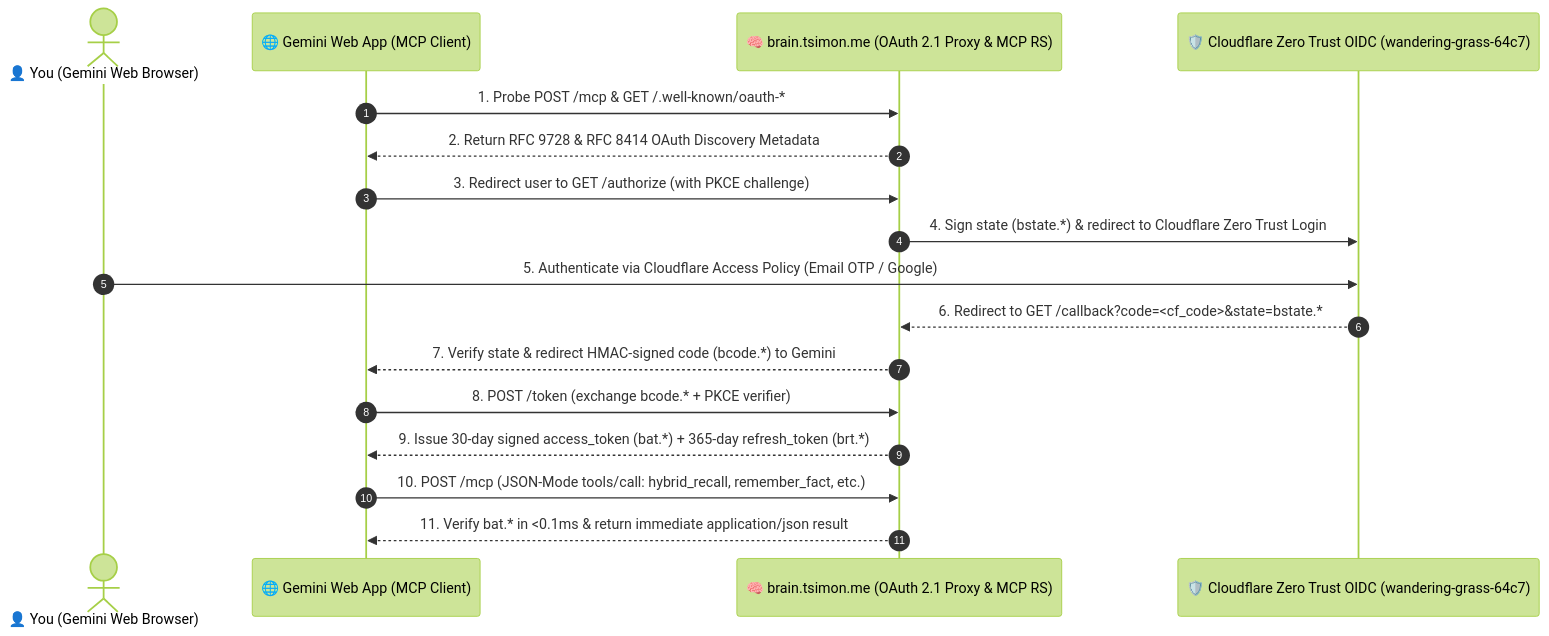
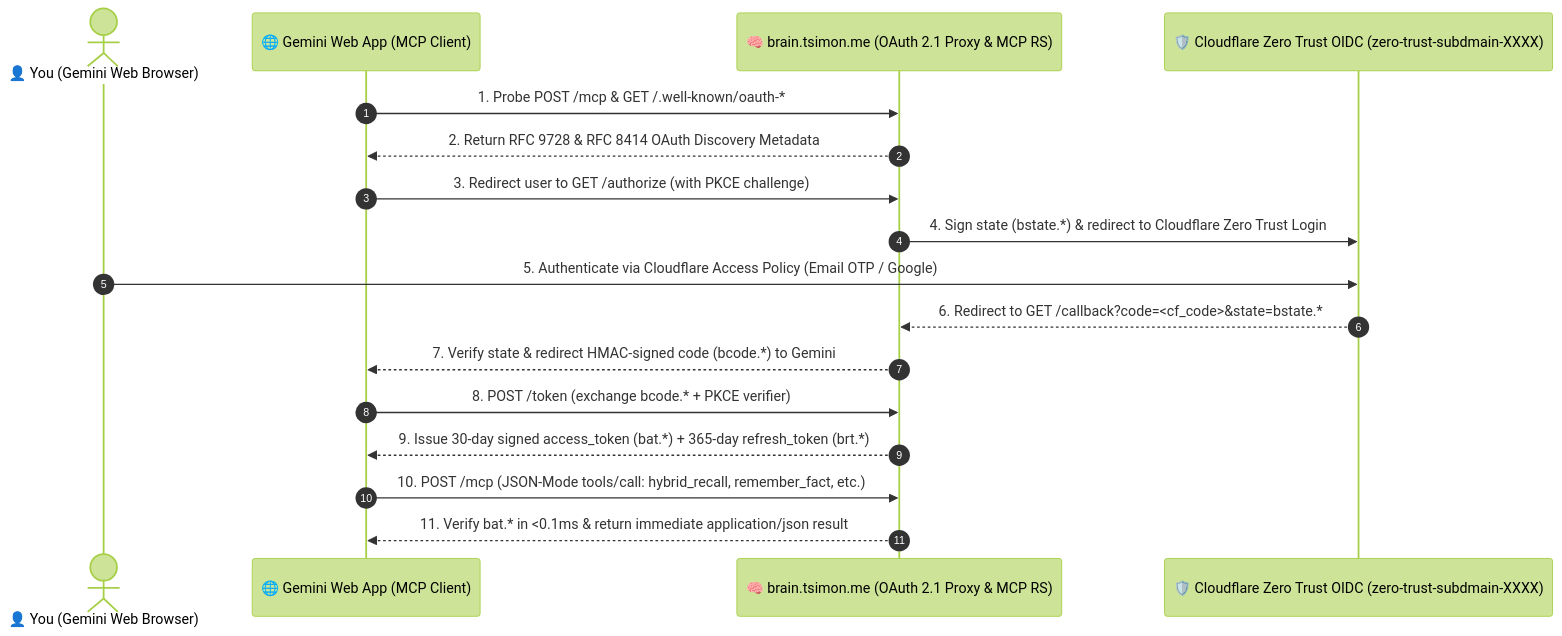
The third of 11 diagrams in README.md (t0m-a/gemini-brain), drawn with Mermaid (forest theme) before and after one commit. The commit also changed other lines of this file, not shown here.

````diff
--- a/README.md
+++ b/README.md
@@ -252,20 +252,20 @@
 ```mermaid
 sequenceDiagram
     autonumber
     actor You as 👤 You (Gemini Web Browser)
     participant Gem as 🌐 Gemini Web App (MCP Client)
     participant Brain as 🧠 brain.tsimon.me (OAuth 2.1 Proxy & MCP RS)
-    participant CF as 🛡️ Cloudflare Zero Trust OIDC (wandering-grass-64c7)
+    participant CF as 🛡️ Cloudflare Zero Trust OIDC (zero-trust-subdmain-XXXX)
 
     Gem->>Brain: 1. Probe POST /mcp & GET /.well-known/oauth-*
     Brain-->>Gem: 2. Return RFC 9728 & RFC 8414 OAuth Discovery Metadata
     Gem->>Brain: 3. Redirect user to GET /authorize (with PKCE challenge)
     Brain->>CF: 4. Sign state (bstate.*) & redirect to Cloudflare Zero Trust Login
     You->>CF: 5. Authenticate via Cloudflare Access Policy (Email OTP / Google)
     CF-->>Brain: 6. Redirect to GET /callback?code=<cf_code>&state=bstate.*
     Brain-->>Gem: 7. Verify state & redirect HMAC-signed code (bcode.*) to Gemini
     Gem->>Brain: 8. POST /token (exchange bcode.* + PKCE verifier)
     Brain-->>Gem: 9. Issue 30-day signed access_token (bat.*) + 365-day refresh_token (brt.*)
     Gem->>Brain: 10. POST /mcp (JSON-Mode tools/call: hybrid_recall, remember_fact, etc.)
     Brain-->>Gem: 11. Verify bat.* in <0.1ms & return immediate application/json result
 ```
````
